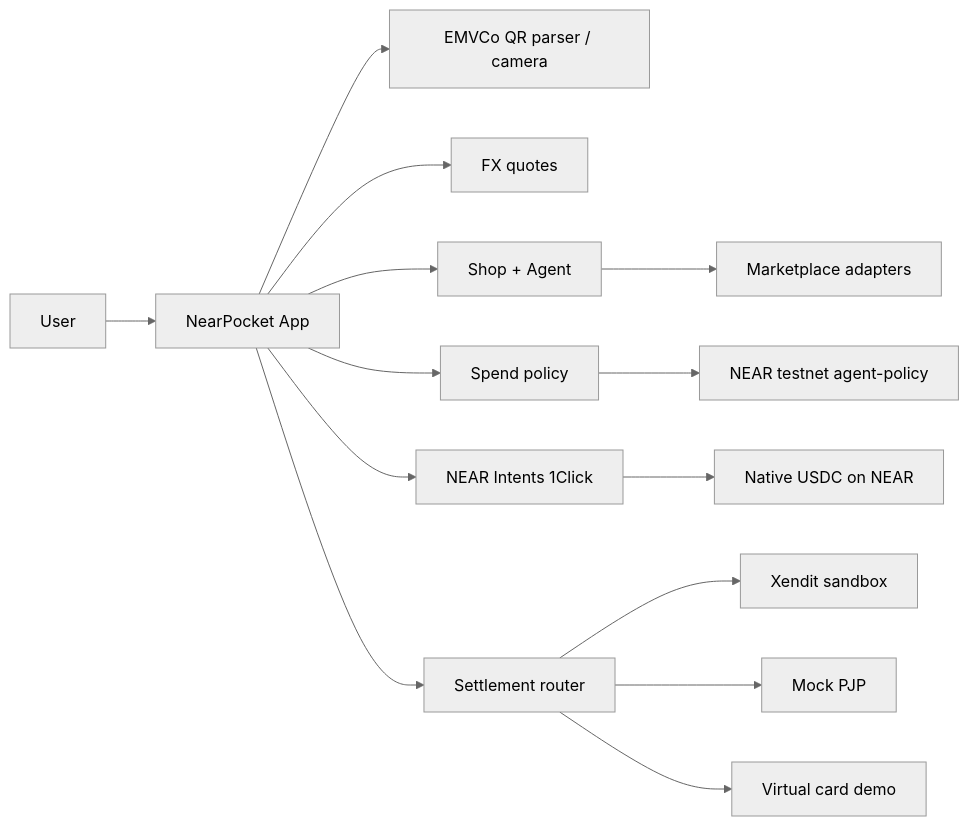
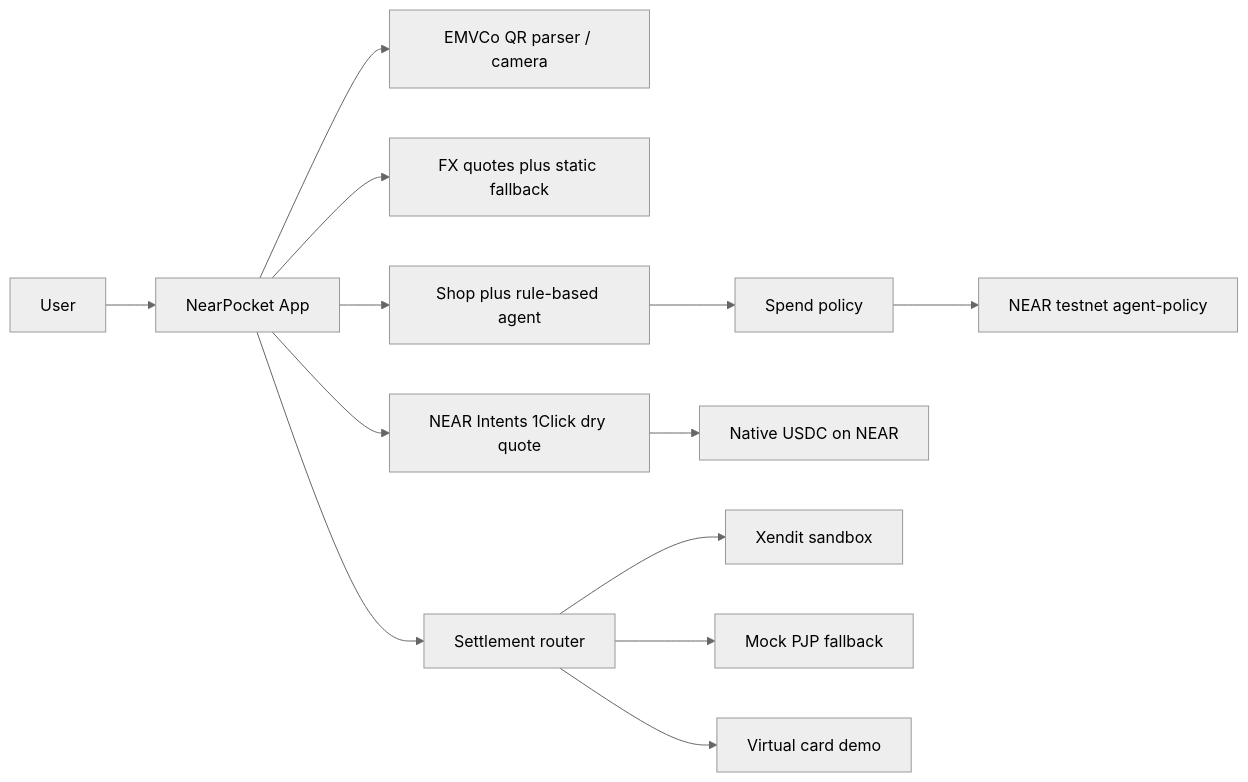
The diagram in README.md (mozoraID/nearpocket), drawn with Mermaid (neutral theme) before and after one commit. The commit also changed other lines of this file and 31 other files, not shown here.

````diff
--- a/README.md
+++ b/README.md
@@ -33,16 +180,15 @@
 ```mermaid
 flowchart LR
   User --> App[NearPocket App]
   App --> QR[EMVCo QR parser / camera]
-  App --> FX[FX quotes]
-  App --> Shop[Shop + Agent]
-  Shop --> MP[Marketplace adapters]
-  App --> Policy[Spend policy]
+  App --> FX[FX quotes plus static fallback]
+  App --> Shop[Shop plus rule-based agent]
+  Shop --> Policy[Spend policy]
   Policy --> Chain[NEAR testnet agent-policy]
-  App --> Intents[NEAR Intents 1Click]
+  App --> Intents[NEAR Intents 1Click dry quote]
   Intents --> USDC[Native USDC on NEAR]
   App --> Settle[Settlement router]
   Settle --> Xendit[Xendit sandbox]
-  Settle --> Mock[Mock PJP]
+  Settle --> Mock[Mock PJP fallback]
   Settle --> Card[Virtual card demo]
 ```
````
